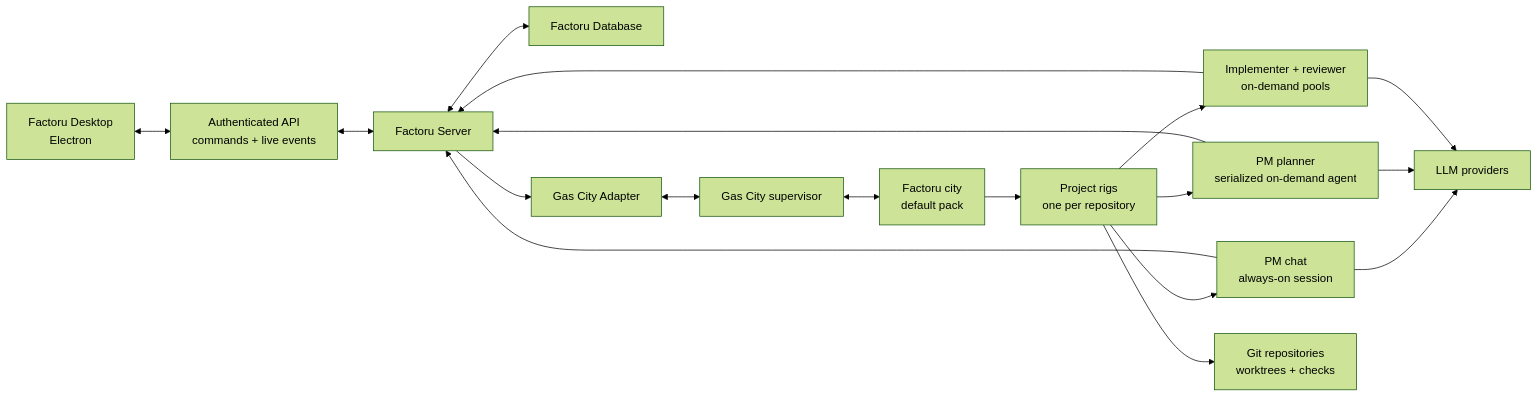
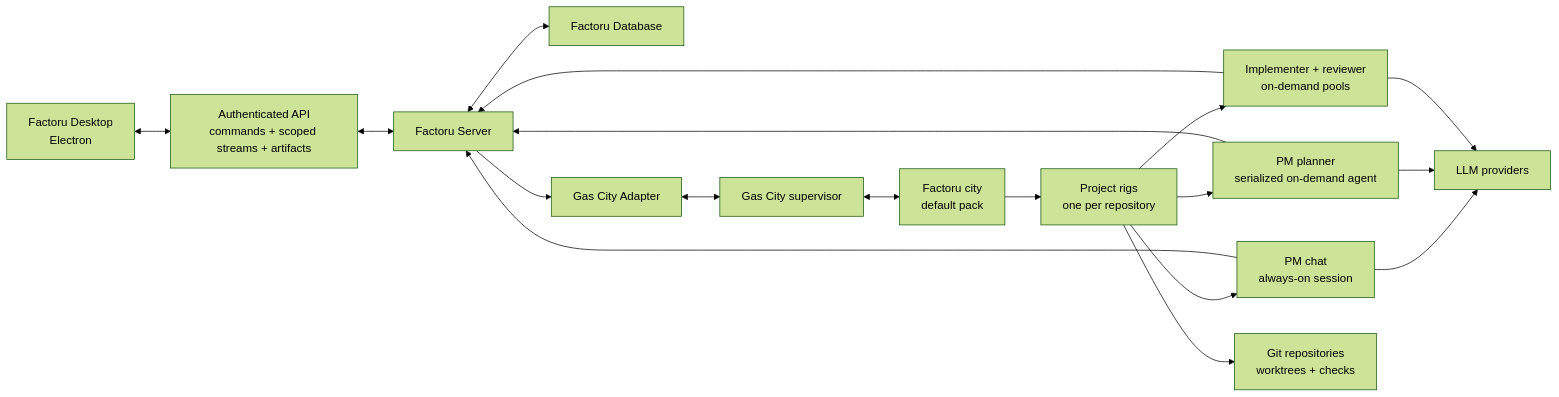
Before and after one commit to RUverse/factoru: the first of 3 diagrams in docs/ROADMAP.md, drawn with Mermaid (forest theme). The commit also changed other lines of this file and 12 other files, not shown here.

Commit message:
docs: consolidate and expand product roadmap

````diff
--- a/docs/ROADMAP.md
+++ b/docs/ROADMAP.md
@@ -314,31 +328,31 @@
 ```mermaid
 flowchart LR
     D["Factoru Desktop<br/>Electron"]
-    API["Authenticated API<br/>commands + live events"]
+    API["Authenticated API<br/>commands + scoped streams + artifacts"]
     S["Factoru Server"]
     DB["Factoru Database"]
     GC["Gas City Adapter"]
     SUP["Gas City supervisor"]
     CITY["Factoru city<br/>default pack"]
     RIG["Project rigs<br/>one per repository"]
     PM["PM chat<br/>always-on session"]
     PLAN["PM planner<br/>serialized on-demand agent"]
     W["Implementer + reviewer<br/>on-demand pools"]
     R["Git repositories<br/>worktrees + checks"]
     LLM["LLM providers"]
 
     D <--> API <--> S
     S <--> DB
     S --> GC <--> SUP <--> CITY
     CITY --> RIG
     RIG --> PM
     RIG --> PLAN
     RIG --> W
     PM --> S
     PLAN --> S
     W --> S
     RIG --> R
     PM --> LLM
     PLAN --> LLM
     W --> LLM
 ```
````
